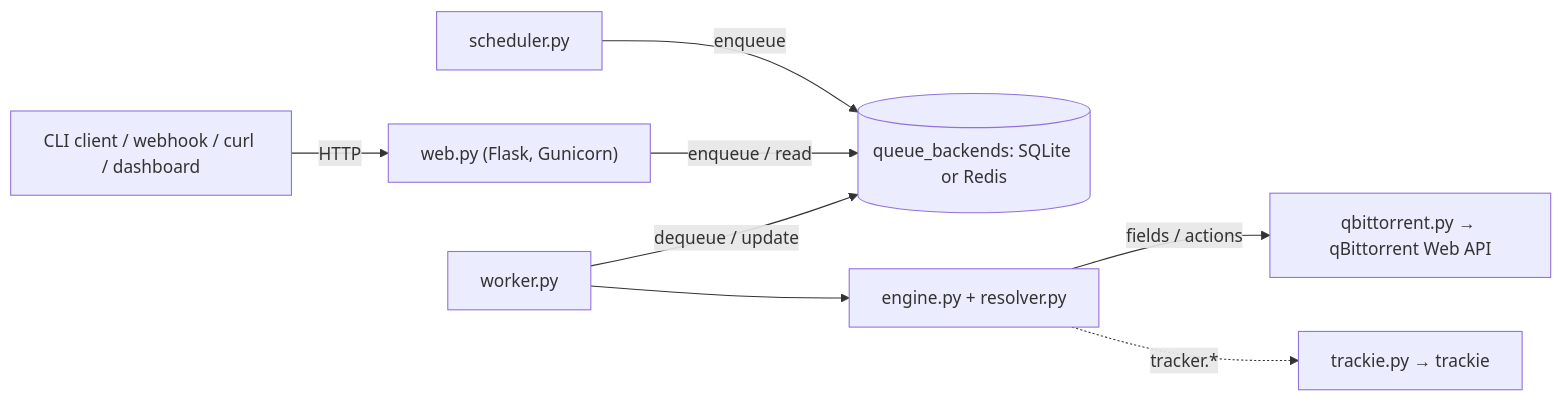
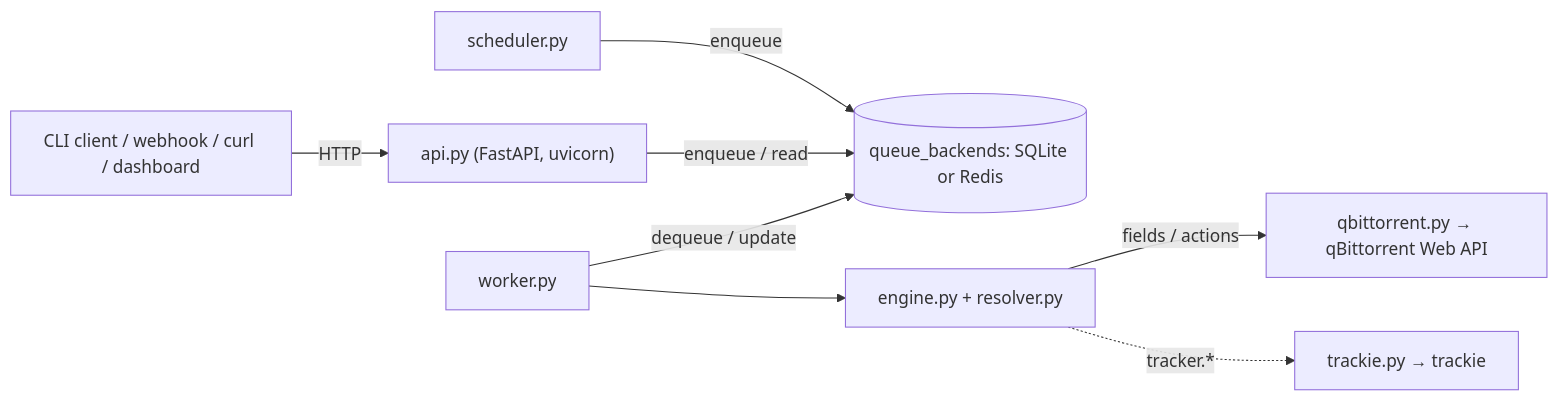
The diagram in docs/wiki/Architecture-Internals.md (andronics/qbt-rules), drawn with Mermaid before and after one commit. The commit also changed other lines of this file and 73 other files, not shown here.

````diff
--- a/docs/wiki/Architecture-Internals.md
+++ b/docs/wiki/Architecture-Internals.md
@@ -11,10 +11,10 @@
 ```mermaid
 flowchart LR
-    client["CLI client / webhook / curl / dashboard"] -->|HTTP| web["web.py (Flask, Gunicorn)"]
+    client["CLI client / webhook / curl / dashboard"] -->|HTTP| web["api.py (FastAPI, uvicorn)"]
     sched["scheduler.py"] -->|enqueue| queue
     web -->|enqueue / read| queue[("queue_backends: SQLite or Redis")]
     worker["worker.py"] -->|dequeue / update| queue
     worker --> engine["engine.py + resolver.py"]
     engine -->|fields / actions| qbt["qbittorrent.py → qBittorrent Web API"]
     engine -.->|tracker.*| trackie["trackie.py → trackie"]
 ```
````
